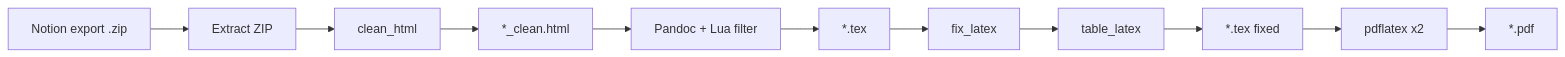
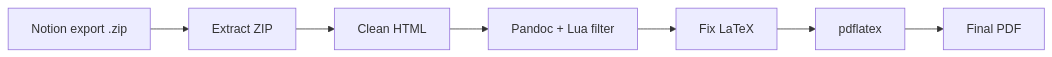
The diagram in docs/pipeline.md (adducec03/Notion2Tex), drawn with Mermaid before and after one commit. The commit also changed other lines of this file and 5 other files, not shown here.

````diff
--- a/docs/pipeline.md
+++ b/docs/pipeline.md
@@ -5,13 +5,9 @@
 ```mermaid
 flowchart LR
   A[Notion export .zip] --> Z[Extract ZIP]
-  Z --> B[clean_html]
-  B --> C["*_clean.html"]
-  C --> D["Pandoc + Lua filter"]
-  D --> E["*.tex"]
-  E --> F[fix_latex]
-  F --> G[table_latex]
-  G --> H["*.tex fixed"]
-  H --> I[pdflatex x2]
-  I --> J["*.pdf"]
+  Z --> B[Clean HTML]
+  B --> D[Pandoc + Lua filter]
+  D --> F[Fix LaTeX]
+  F --> I[pdflatex]
+  I --> J["Final PDF"]
 ```
````
